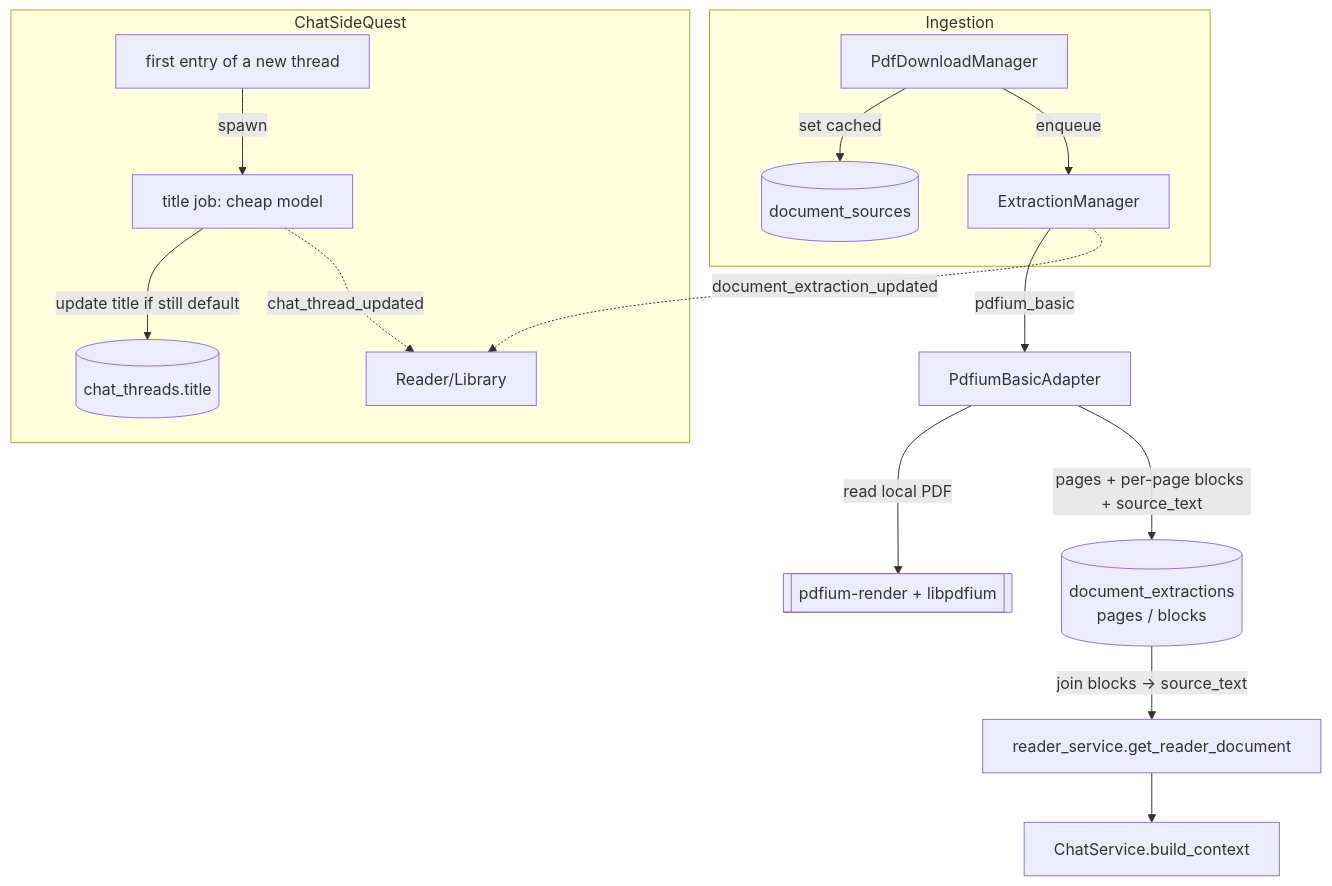
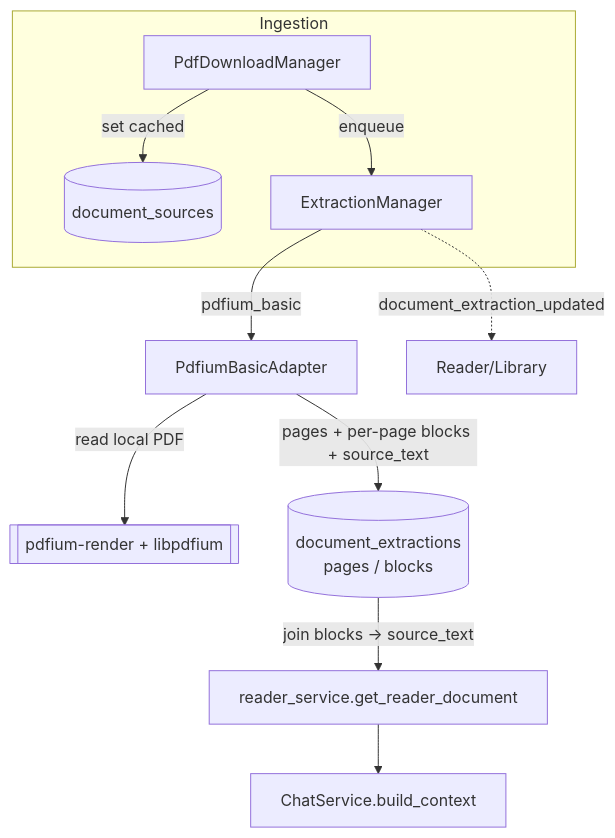
One commit to pzdkn/i0i changed the diagram in docs/rfcs/reader/0035-background-text-extraction.md. Above: the diagram before and after it, drawn with Mermaid. The commit also changed other lines of this file and 19 other files, not shown here.

````diff
--- a/docs/rfcs/reader/0035-background-text-extraction.md
+++ b/docs/rfcs/reader/0035-background-text-extraction.md
@@ -155,19 +128,13 @@
 ```mermaid
 flowchart TB
   subgraph Ingestion
     DL[PdfDownloadManager] -->|set cached| SRC[(document_sources)]
     DL -->|enqueue| EX[ExtractionManager]
   end
   EX -->|pdfium_basic| ADP[PdfiumBasicAdapter]
   ADP -->|read local PDF| PDFIUM[[pdfium-render + libpdfium]]
   ADP -->|pages + per-page blocks + source_text| DB[(document_extractions\npages / blocks)]
   EX -. document_extraction_updated .-> UI[Reader/Library]
   DB -->|join blocks → source_text| RS[reader_service.get_reader_document]
   RS --> CHAT[ChatService.build_context]
-
-  subgraph ChatSideQuest
-    FIRST[first entry of a new thread] -->|spawn| TITLE[title job: cheap model]
-    TITLE -->|update title if still default| T[(chat_threads.title)]
-    TITLE -. chat_thread_updated .-> UI
-  end
 ```
````
